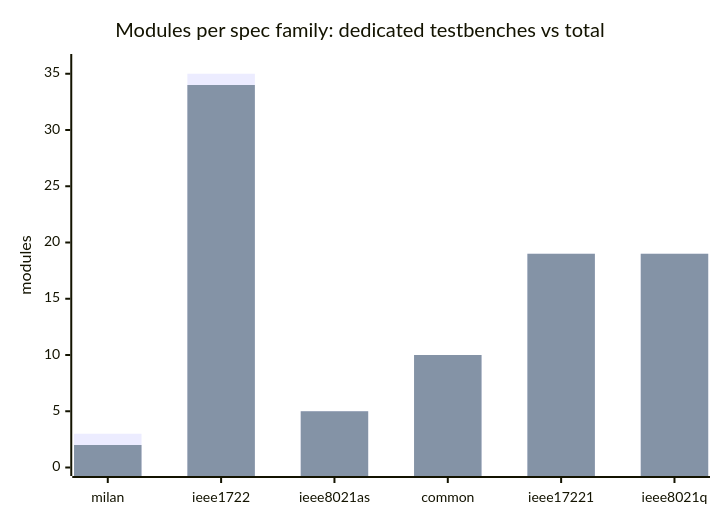
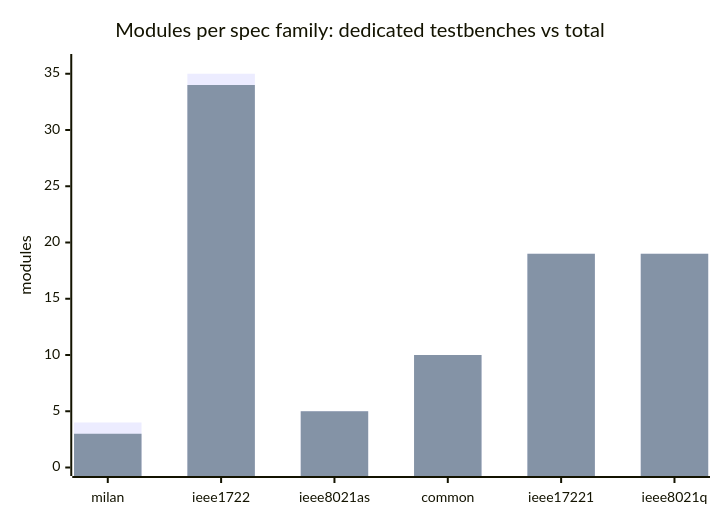
Before and after one commit to kebag-logic/milan-fpga: the diagram in docs/traceability/MODULE_MATRIX.md, drawn with Mermaid. The commit also changed other lines of this file and 8 other files, not shown here.

````diff
--- a/docs/traceability/MODULE_MATRIX.md
+++ b/docs/traceability/MODULE_MATRIX.md
@@ -30,8 +30,8 @@
 ```mermaid
 xychart-beta
     title "Modules per spec family: dedicated testbenches vs total"
     x-axis ["milan", "ieee1722", "ieee8021as", "common", "ieee17221", "ieee8021q"]
     y-axis "modules" 0 --> 36
-    bar [3, 35, 5, 10, 19, 19]
-    bar [2, 34, 5, 10, 19, 19]
+    bar [4, 35, 5, 10, 19, 19]
+    bar [3, 34, 5, 10, 19, 19]
 ```
````
